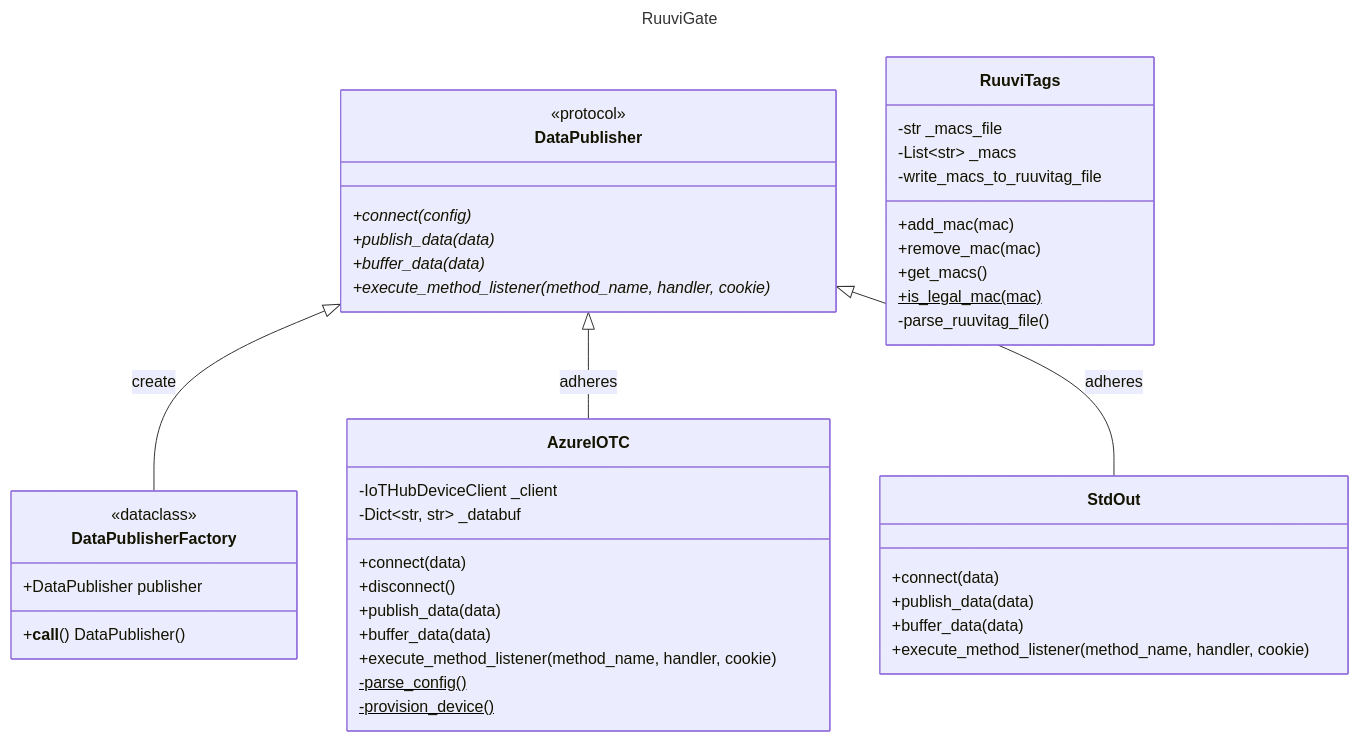
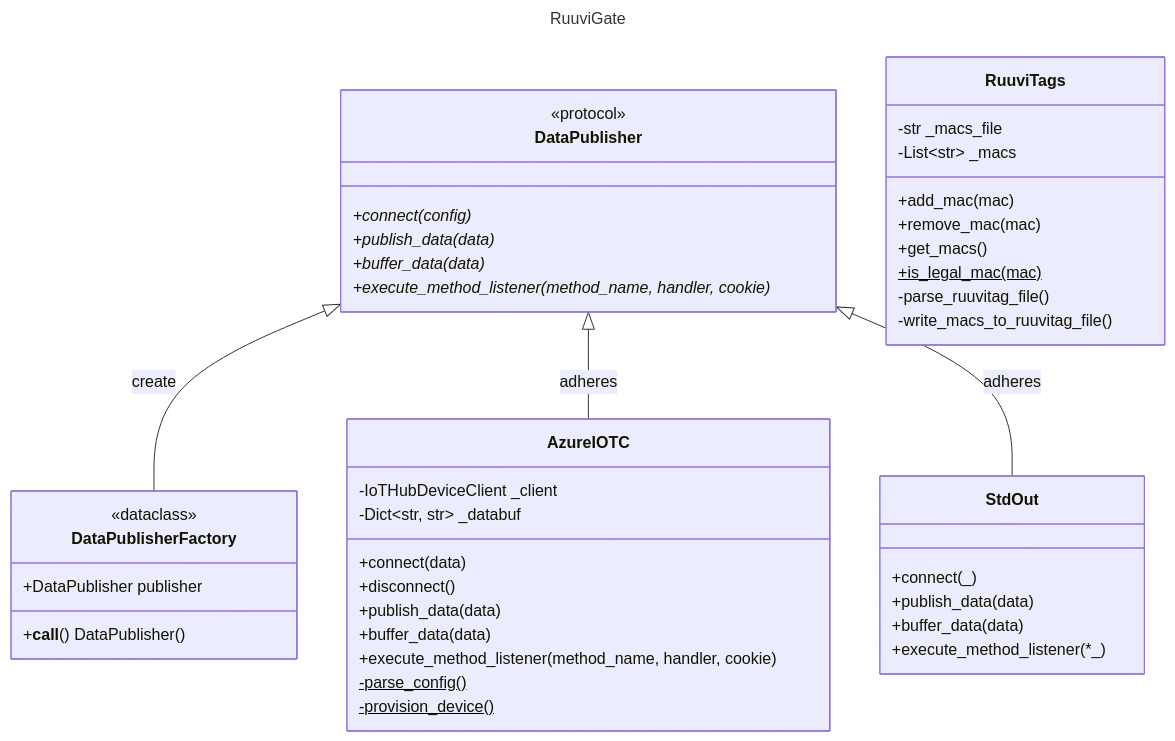
Before and after one commit to jlipponen/RuuviGate: the diagram in ruuvigate/architecture.md, drawn with Mermaid.

Commit message:
Fix architecture diagram

````diff
--- a/ruuvigate/architecture.md
+++ b/ruuvigate/architecture.md
@@ -1,55 +1,55 @@
 ```mermaid
 ---
 title: RuuviGate
 ---
 classDiagram
 
     class DataPublisher {
         <<protocol>>
        +connect(config)*
        +publish_data(data)*
        +buffer_data(data)*
        +execute_method_listener(method_name, handler, cookie)*
     }
 
     class DataPublisherFactory {
         <<dataclass>>
         +DataPublisher publisher
         +__call__() DataPublisher()
     }
 
     class AzureIOTC {
         -IoTHubDeviceClient _client
         -Dict~str, str~ _databuf
         +connect(data)
         +disconnect()
         +publish_data(data)
         +buffer_data(data)
         +execute_method_listener(method_name, handler, cookie)
         -parse_config()$
         -provision_device()$
     }
 
     class StdOut {
-        +connect(data)
+        +connect(_)
         +publish_data(data)
         +buffer_data(data)
-        +execute_method_listener(method_name, handler, cookie)
+        +execute_method_listener(*_)
     }
 
     class RuuviTags {
         -str _macs_file
         -List~str~ _macs
         +add_mac(mac)
         +remove_mac(mac)
         +get_macs()
         +is_legal_mac(mac)$
         -parse_ruuvitag_file()
-        -write_macs_to_ruuvitag_file
+        -write_macs_to_ruuvitag_file()
 
     }
 
     DataPublisher <|-- DataPublisherFactory : create
     DataPublisher <|-- AzureIOTC : adheres
     DataPublisher <|-- StdOut : adheres
 ```
````
